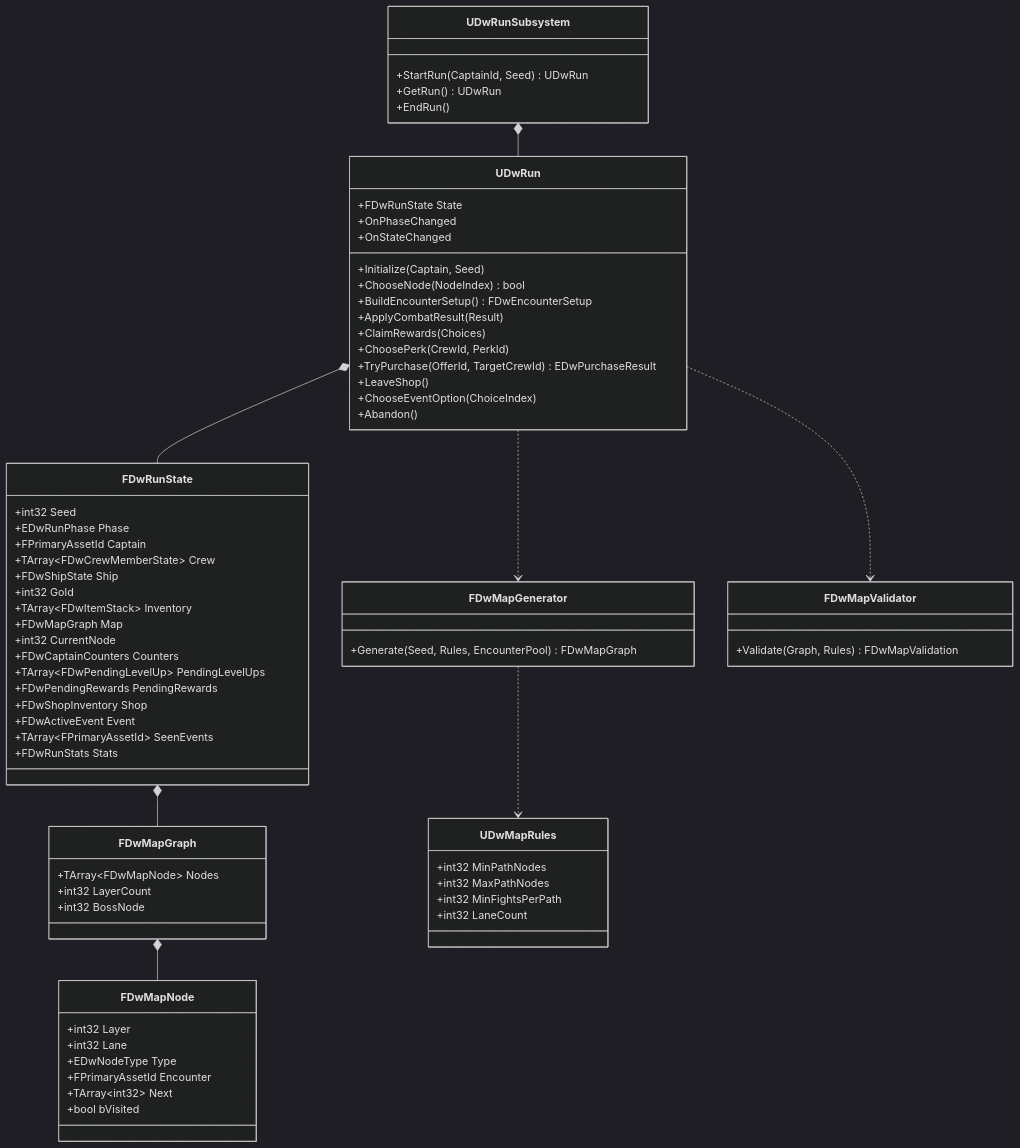
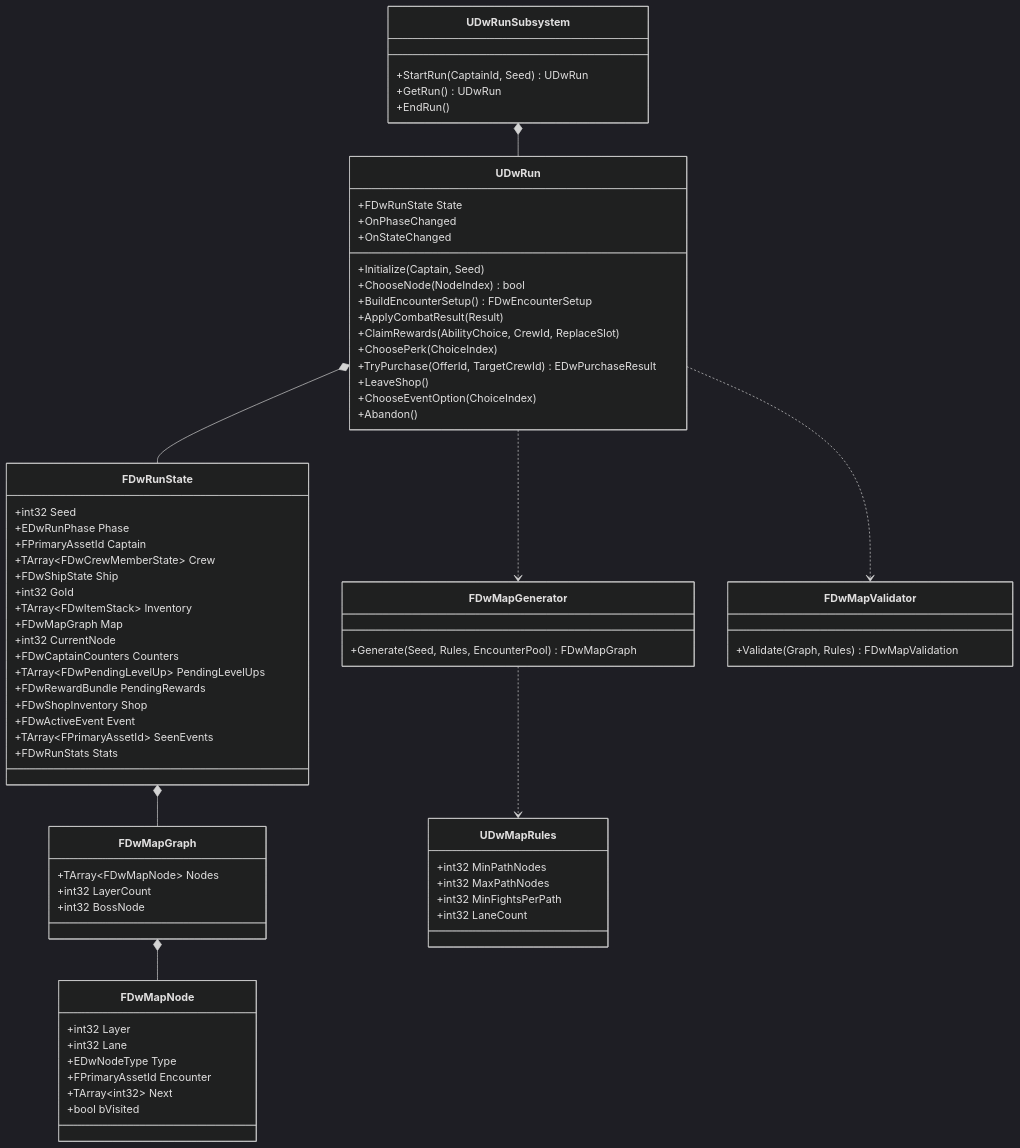
One commit to bhillig/deadwater-run changed the diagram in Docs/Architecture/09-Run-Map.md. Above: the diagram before and after it, drawn with Mermaid (dark theme). The commit also changed other lines of this file and 87 other files, not shown here.

````diff
--- a/Docs/Architecture/09-Run-Map.md
+++ b/Docs/Architecture/09-Run-Map.md
@@ -27,73 +27,73 @@
 ```mermaid
 classDiagram
     class UDwRunSubsystem {
         +StartRun(CaptainId, Seed) UDwRun
         +GetRun() UDwRun
         +EndRun()
     }
     class UDwRun {
         +FDwRunState State
         +Initialize(Captain, Seed)
         +ChooseNode(NodeIndex) bool
         +BuildEncounterSetup() FDwEncounterSetup
         +ApplyCombatResult(Result)
-        +ClaimRewards(Choices)
-        +ChoosePerk(CrewId, PerkId)
+        +ClaimRewards(AbilityChoice, CrewId, ReplaceSlot)
+        +ChoosePerk(ChoiceIndex)
         +TryPurchase(OfferId, TargetCrewId) EDwPurchaseResult
         +LeaveShop()
         +ChooseEventOption(ChoiceIndex)
         +Abandon()
         +OnPhaseChanged
         +OnStateChanged
     }
     class FDwRunState {
         +int32 Seed
         +EDwRunPhase Phase
         +FPrimaryAssetId Captain
         +TArray~FDwCrewMemberState~ Crew
         +FDwShipState Ship
         +int32 Gold
         +TArray~FDwItemStack~ Inventory
         +FDwMapGraph Map
         +int32 CurrentNode
         +FDwCaptainCounters Counters
         +TArray~FDwPendingLevelUp~ PendingLevelUps
-        +FDwPendingRewards PendingRewards
+        +FDwRewardBundle PendingRewards
         +FDwShopInventory Shop
         +FDwActiveEvent Event
         +TArray~FPrimaryAssetId~ SeenEvents
         +FDwRunStats Stats
     }
     class FDwMapGraph {
         +TArray~FDwMapNode~ Nodes
         +int32 LayerCount
         +int32 BossNode
     }
     class FDwMapNode {
         +int32 Layer
         +int32 Lane
         +EDwNodeType Type
         +FPrimaryAssetId Encounter
         +TArray~int32~ Next
         +bool bVisited
     }
     class FDwMapGenerator {
         +Generate(Seed, Rules, EncounterPool) FDwMapGraph
     }
     class FDwMapValidator {
         +Validate(Graph, Rules) FDwMapValidation
     }
     class UDwMapRules {
         +int32 MinPathNodes
         +int32 MaxPathNodes
         +int32 MinFightsPerPath
         +int32 LaneCount
     }
     UDwRunSubsystem *-- UDwRun
     UDwRun *-- FDwRunState
     FDwRunState *-- FDwMapGraph
     FDwMapGraph *-- FDwMapNode
     UDwRun ..> FDwMapGenerator
     UDwRun ..> FDwMapValidator
     FDwMapGenerator ..> UDwMapRules
 ```
````
